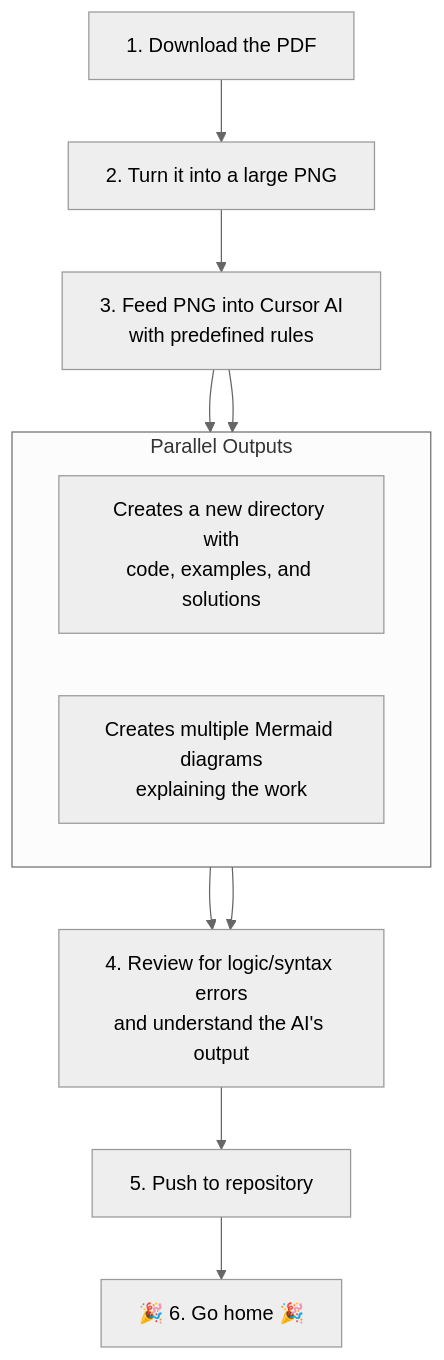
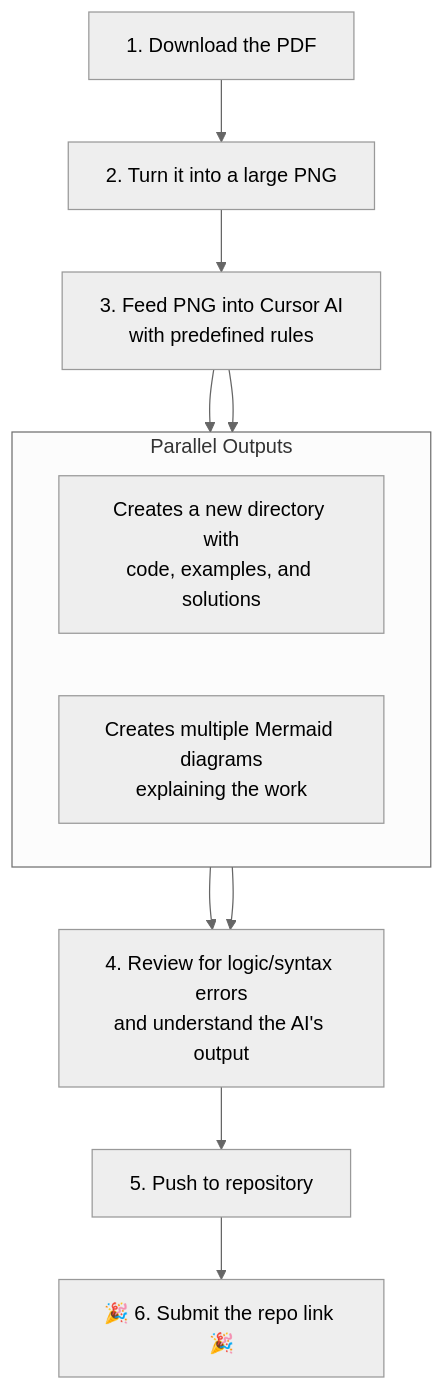
One commit to isaaclins/isaaclins.github.io changed the diagram in content/blog/how-i-automated-my-homework.md. Above: the diagram before and after it, drawn with Mermaid (neutral theme).

Commit message:
docs: Update homework automation blog post to clarify submission step

````diff
--- a/content/blog/how-i-automated-my-homework.md
+++ b/content/blog/how-i-automated-my-homework.md
@@ -36,20 +36,20 @@
 ```mermaid
 graph TD
     A["1. Download the PDF"] --> B["2. Turn it into a large PNG"];
     B --> C["3. Feed PNG into Cursor AI<br>with predefined rules"];
 
     subgraph "Parallel Outputs"
         direction LR
         D["Creates a new directory with<br>code, examples, and solutions"]
         E["Creates multiple Mermaid diagrams<br>explaining the work"]
     end
 
     C --> D;
     C --> E;
 
     D --> F["4. Review for logic/syntax errors<br>and understand the AI's output"];
     E --> F;
 
     F --> G["5. Push to repository"];
-    G --> H["🎉 6. Go home 🎉"];
+    G --> H["🎉 6. Submit the repo link 🎉"];
 ```
````
